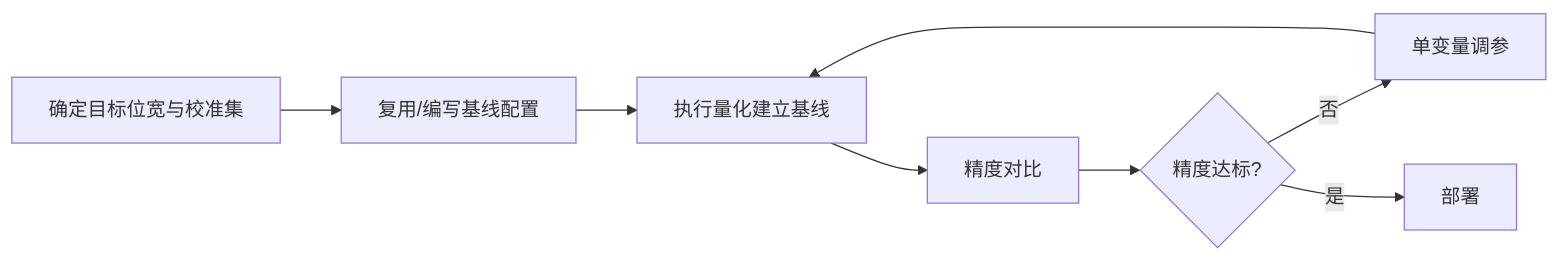
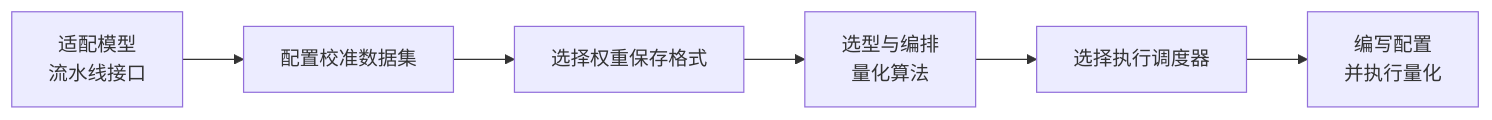
The diagram in msmodelslim/docs/zh/knowledge_base/ptq/llm/usage_large_language_model_quantization.md (mindstudio-docs/master), drawn with Mermaid before and after one commit. The commit also changed other lines of this file and 235 other files, not shown here.

````diff
--- a/msmodelslim/docs/zh/knowledge_base/ptq/llm/usage_large_language_model_quantization.md
+++ b/msmodelslim/docs/zh/knowledge_base/ptq/llm/usage_large_language_model_quantization.md
@@ -26,10 +27,8 @@
 ```mermaid
 flowchart LR
-    A[确定目标位宽与校准集] --> B[复用/编写基线配置]
-    B --> C[执行量化建立基线]
-    C --> D[精度对比]
-    D --> E{精度达标?}
-    E -- 否 --> F[单变量调参]
-    F --> C
-    E -- 是 --> G[部署]
+    A[适配模型<br/>流水线接口] --> B[配置校准数据集]
+    B --> C[选择权重保存格式]
+    C --> D[选型与编排<br/>量化算法]
+    D --> E[选择执行调度器]
+    E --> F[编写配置<br/>并执行量化]
 ```
````
